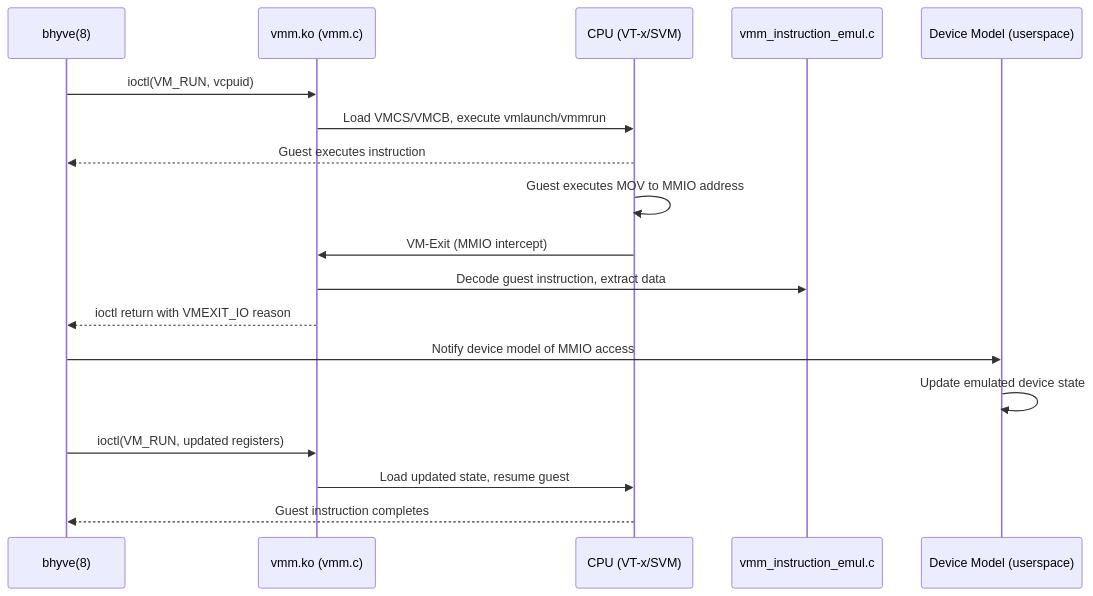
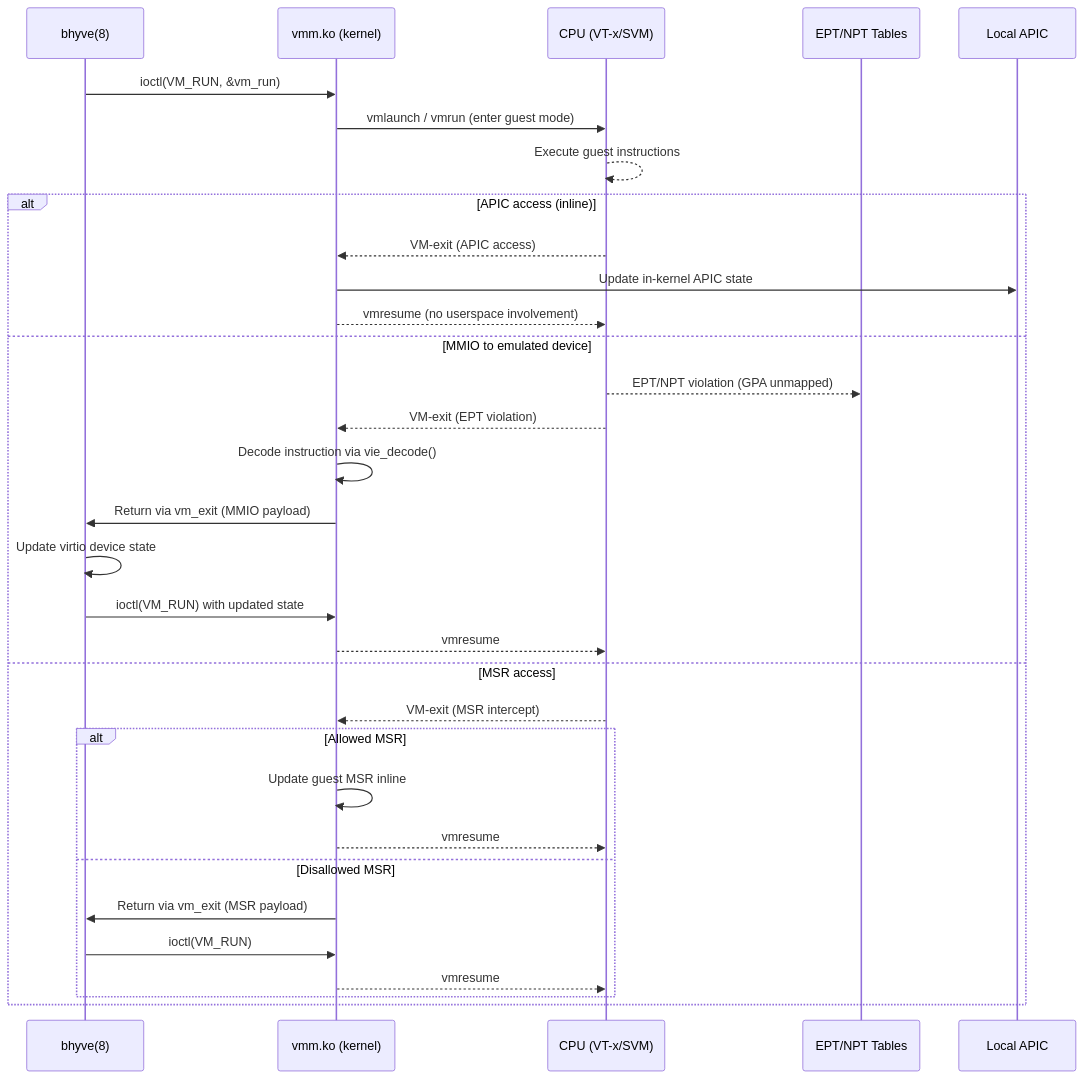
Before and after one commit to ocochard/freebsd-src: the diagram in sys/amd64/vmm/README.md, drawn with Mermaid. The commit also changed other lines of this file and 25 other files, not shown here.

````diff
--- a/sys/amd64/vmm/README.md
+++ b/sys/amd64/vmm/README.md
@@ -105,21 +220,35 @@
 ```mermaid
 sequenceDiagram
-    participant USR as bhyve(8)
-    participant KERN as vmm.ko (vmm.c)
-    participant HW as CPU (VT-x/SVM)
-    participant EMUL as vmm_instruction_emul.c
-    participant DEV as Device Model (userspace)
+    participant Userspace as bhyve(8)
+    participant VMM as vmm.ko (kernel)
+    participant CPU as CPU (VT-x/SVM)
+    participant EPT as EPT/NPT Tables
+    participant APIC as Local APIC
 
-    USR->>KERN: ioctl(VM_RUN, vcpuid)
-    KERN->>HW: Load VMCS/VMCB, execute vmlaunch/vmmrun
-    HW-->>USR: Guest executes instruction
-    HW->>HW: Guest executes MOV to MMIO address
-    HW->>KERN: VM-Exit (MMIO intercept)
-    KERN->>EMUL: Decode guest instruction, extract data
-    KERN-->>USR: ioctl return with VMEXIT_IO reason
-    USR->>DEV: Notify device model of MMIO access
-    DEV->>DEV: Update emulated device state
-    USR->>KERN: ioctl(VM_RUN, updated registers)
-    KERN->>HW: Load updated state, resume guest
-    HW-->>USR: Guest instruction completes
+    Userspace->>VMM: ioctl(VM_RUN, &vm_run)
+    VMM->>CPU: vmlaunch / vmrun (enter guest mode)
+    CPU-->>CPU: Execute guest instructions
+    alt APIC access (inline)
+        CPU-->>VMM: VM-exit (APIC access)
+        VMM->>APIC: Update in-kernel APIC state
+        VMM-->>CPU: vmresume (no userspace involvement)
+    else MMIO to emulated device
+        CPU-->>EPT: EPT/NPT violation (GPA unmapped)
+        CPU-->>VMM: VM-exit (EPT violation)
+        VMM->>VMM: Decode instruction via vie_decode()
+        VMM->>Userspace: Return via vm_exit (MMIO payload)
+        Userspace->>Userspace: Update virtio device state
+        Userspace->>VMM: ioctl(VM_RUN) with updated state
+        VMM-->>CPU: vmresume
+    else MSR access
+        CPU-->>VMM: VM-exit (MSR intercept)
+        alt Allowed MSR
+            VMM->>VMM: Update guest MSR inline
+            VMM-->>CPU: vmresume
+        else Disallowed MSR
+            VMM->>Userspace: Return via vm_exit (MSR payload)
+            Userspace->>VMM: ioctl(VM_RUN)
+            VMM-->>CPU: vmresume
+        end
+    end
 ```
````
